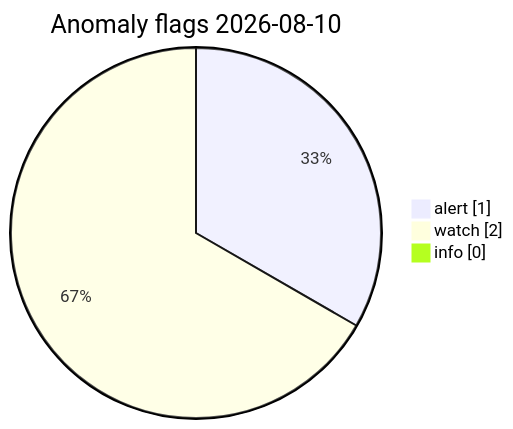
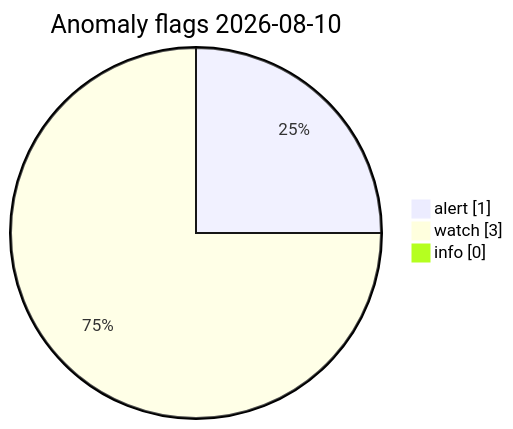
Before and after one commit to Midwest-Stratospheric/Unified-Open-Global-Weather: the diagram in visuals/2026-08-10/CHARTS.md, drawn with Mermaid. The commit also changed other lines of this file and 13 other files, not shown here.

Commit message:
data(visuals): automated charts 2026-08-10T12:02Z

````diff
--- a/visuals/2026-08-10/CHARTS.md
+++ b/visuals/2026-08-10/CHARTS.md
@@ -73,7 +73,7 @@
 ```mermaid
 pie showData
   title Anomaly flags 2026-08-10
   "alert" : 1
-  "watch" : 2
+  "watch" : 3
   "info" : 0
 ```
````
